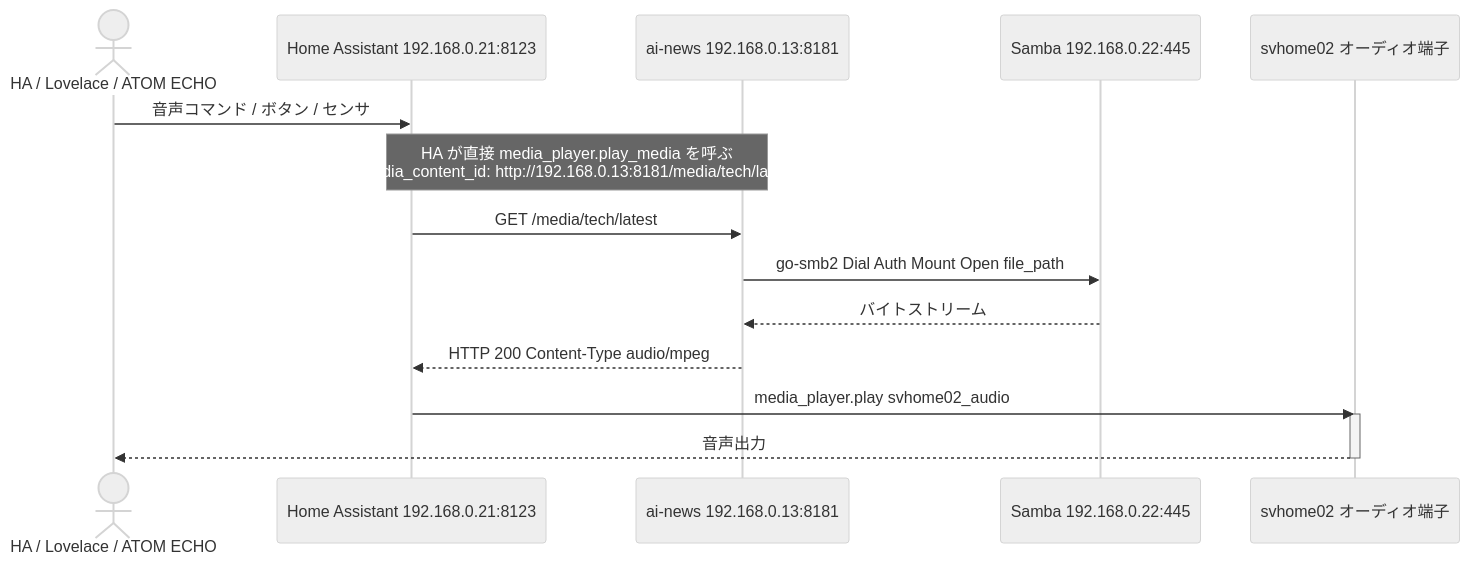
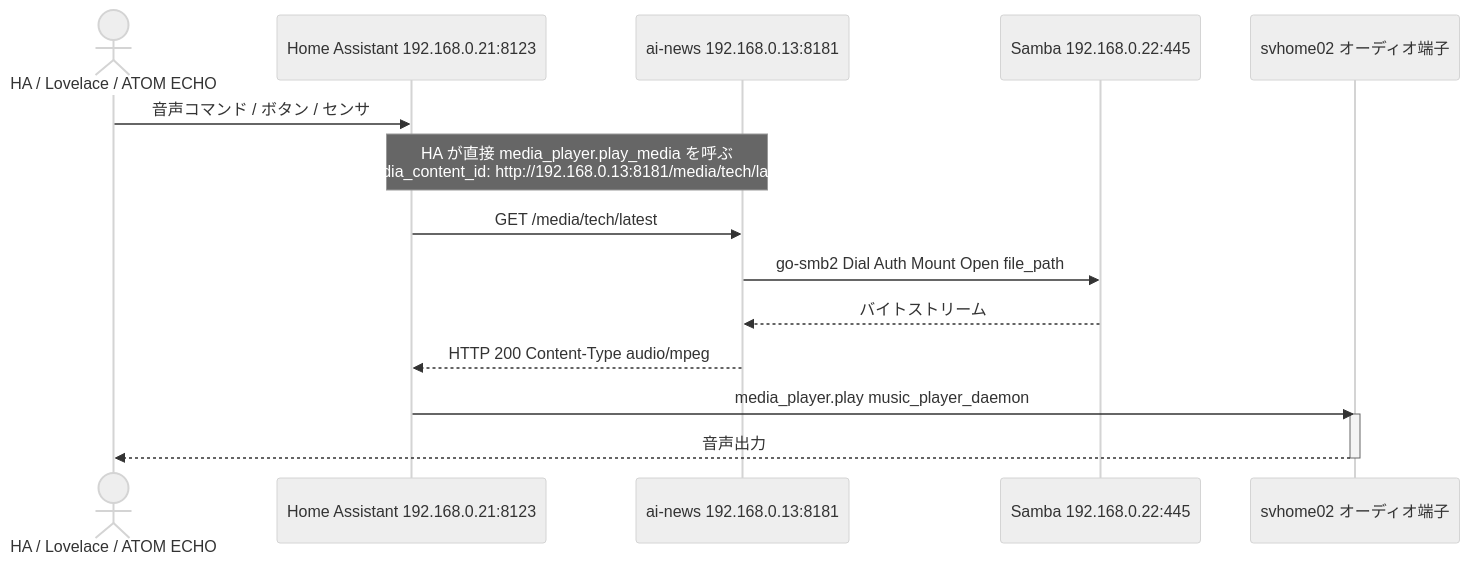
Before and after one commit to svhome01/ai-news: diagram 12 of 15 in PLAN.md, drawn with Mermaid (neutral theme). The commit also changed other lines of this file, not shown here.

Commit message:
fix: update media player entity references to music_player_daemon in scripts and documentation

````diff
--- a/PLAN.md
+++ b/PLAN.md
@@ -1111,22 +1111,22 @@
 ```mermaid
 sequenceDiagram
     actor Trigger as HA / Lovelace / ATOM ECHO
     participant HA as Home Assistant 192.168.0.21:8123
     participant GoApp as ai-news 192.168.0.13:8181
     participant SMB as Samba 192.168.0.22:445
     participant SPK as svhome02 オーディオ端子
 
     Trigger->>HA: 音声コマンド / ボタン / センサ
 
     Note over HA,GoApp: HA が直接 media_player.play_media を呼ぶ<br/>media_content_id: http://192.168.0.13:8181/media/tech/latest
 
     HA->>GoApp: GET /media/tech/latest
     GoApp->>SMB: go-smb2 Dial Auth Mount Open file_path
     SMB-->>GoApp: バイトストリーム
     GoApp-->>HA: HTTP 200 Content-Type audio/mpeg
 
-    HA->>SPK: media_player.play svhome02_audio
+    HA->>SPK: media_player.play music_player_daemon
     activate SPK
     SPK-->>Trigger: 音声出力
     deactivate SPK
 ```
````
